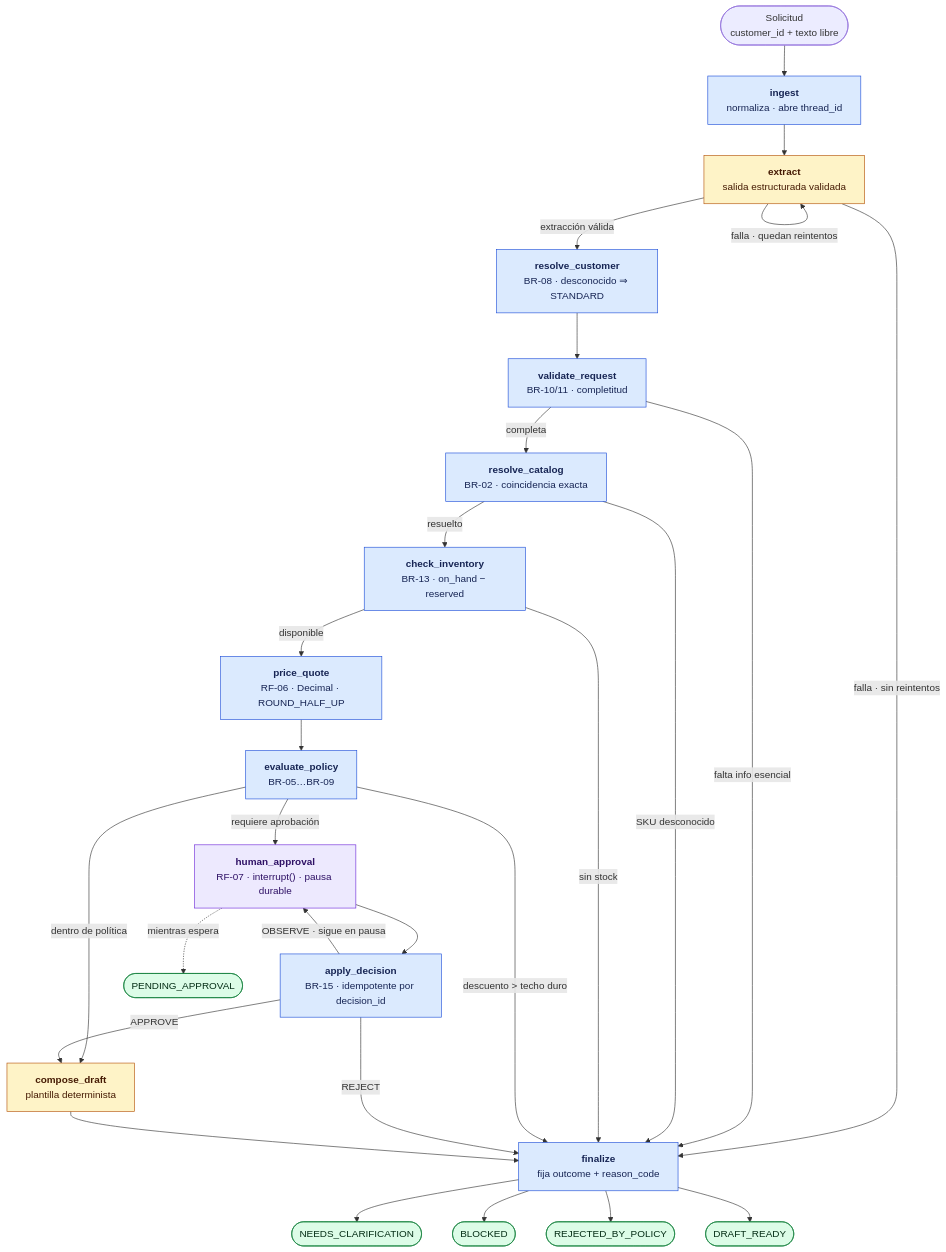
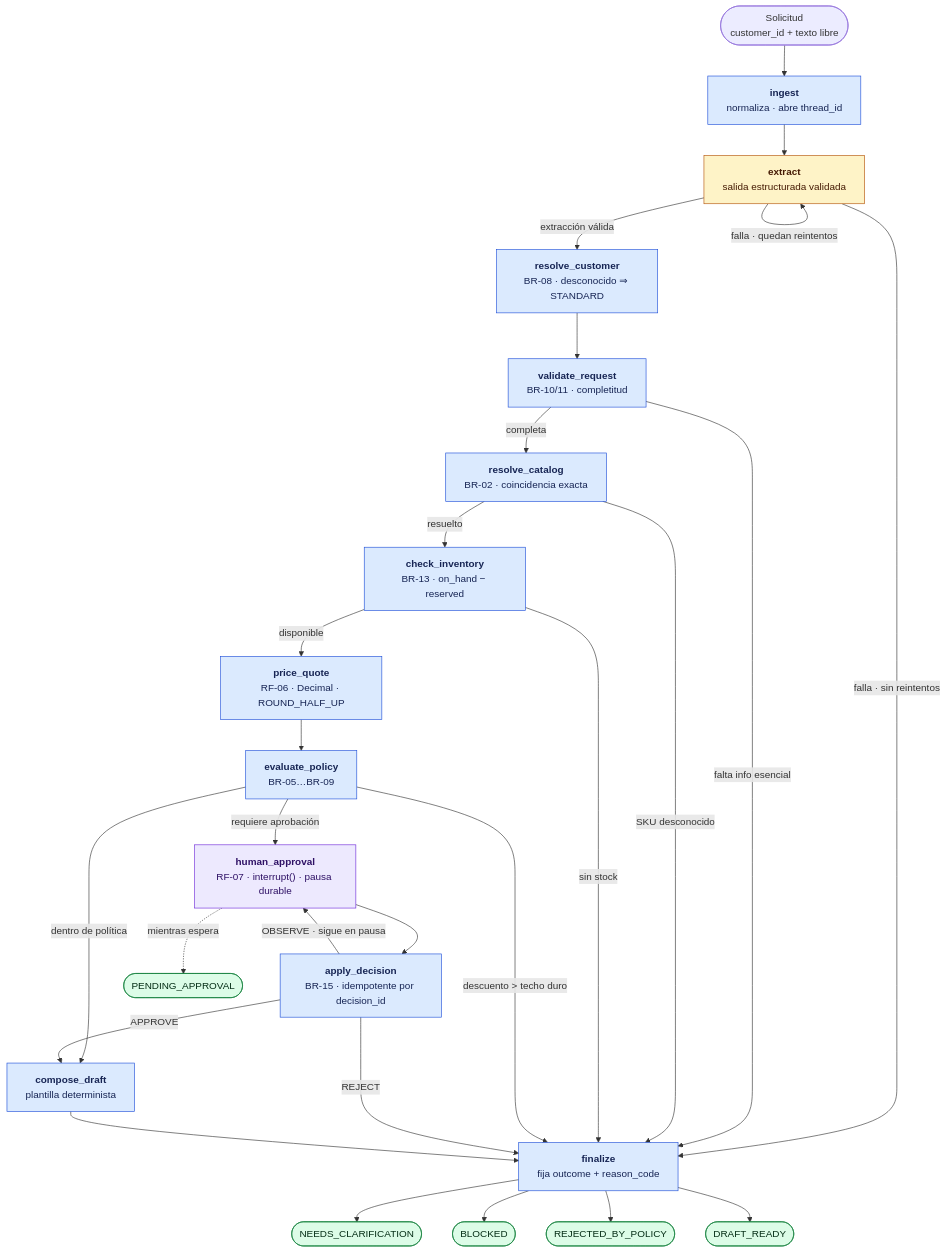
Before and after one commit to guisa17/quoteflow: the first of 2 diagrams in README.md, drawn with Mermaid. The commit also changed other lines of this file and 20 other files, not shown here.

````diff
--- a/README.md
+++ b/README.md
@@ -28,57 +28,57 @@
 ```mermaid
 flowchart TD
     START(["Solicitud<br/>customer_id + texto libre"]) --> ingest
 
     ingest["<b>ingest</b><br/>normaliza · abre thread_id"] --> extract
     extract["<b>extract</b><br/>salida estructurada validada"]
     extract -->|"extracción válida"| resolve_customer
     extract -->|"falla · quedan reintentos"| extract
     extract -->|"falla · sin reintentos"| finalize
 
     resolve_customer["<b>resolve_customer</b><br/>BR-08 · desconocido ⇒ STANDARD"] --> validate_request
 
     validate_request["<b>validate_request</b><br/>BR-10/11 · completitud"]
     validate_request -->|"falta info esencial"| finalize
     validate_request -->|"completa"| resolve_catalog
 
     resolve_catalog["<b>resolve_catalog</b><br/>BR-02 · coincidencia exacta"]
     resolve_catalog -->|"SKU desconocido"| finalize
     resolve_catalog -->|"resuelto"| check_inventory
 
     check_inventory["<b>check_inventory</b><br/>BR-13 · on_hand − reserved"]
     check_inventory -->|"sin stock"| finalize
     check_inventory -->|"disponible"| price_quote
 
     price_quote["<b>price_quote</b><br/>RF-06 · Decimal · ROUND_HALF_UP"] --> evaluate_policy
 
     evaluate_policy["<b>evaluate_policy</b><br/>BR-05…BR-09"]
     evaluate_policy -->|"descuento > techo duro"| finalize
     evaluate_policy -->|"requiere aprobación"| human_approval
     evaluate_policy -->|"dentro de política"| compose_draft
 
     human_approval["<b>human_approval</b><br/>RF-07 · interrupt() · pausa durable"] --> apply_decision
 
     apply_decision["<b>apply_decision</b><br/>BR-15 · idempotente por decision_id"]
     apply_decision -->|"APPROVE"| compose_draft
     apply_decision -->|"REJECT"| finalize
     apply_decision -->|"OBSERVE · sigue en pausa"| human_approval
 
     compose_draft["<b>compose_draft</b><br/>plantilla determinista"] --> finalize
     finalize["<b>finalize</b><br/>fija outcome + reason_code"]
 
     finalize --> R1(["NEEDS_CLARIFICATION"])
     finalize --> R2(["BLOCKED"])
     finalize --> R3(["REJECTED_BY_POLICY"])
     finalize --> R4(["DRAFT_READY"])
     human_approval -.->|"mientras espera"| R5(["PENDING_APPROVAL"])
 
     classDef llm fill:#fef3c7,stroke:#b45309,color:#451a03
     classDef det fill:#dbeafe,stroke:#1d4ed8,color:#172554
     classDef human fill:#ede9fe,stroke:#6d28d9,color:#2e1065
     classDef out fill:#dcfce7,stroke:#15803d,color:#052e16
 
-    class extract,compose_draft llm
-    class ingest,resolve_customer,validate_request,resolve_catalog,check_inventory,price_quote,evaluate_policy,apply_decision,finalize det
+    class extract llm
+    class ingest,resolve_customer,validate_request,resolve_catalog,check_inventory,price_quote,evaluate_policy,apply_decision,compose_draft,finalize det
     class human_approval human
     class R1,R2,R3,R4,R5 out
 ```
````
